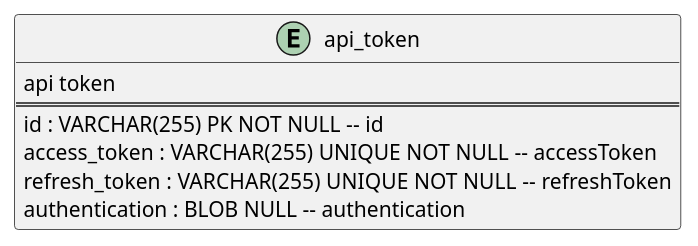
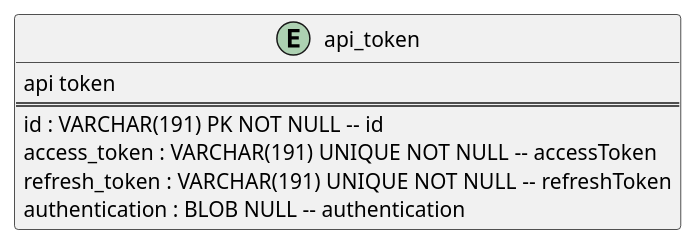
Before and after one commit to top-bettercode/summer: the diagram in tools/generator/src/main/resources/security.puml, drawn with PlantUML.

Commit message:
token表调整

```diff
--- a/tools/generator/src/main/resources/security.puml
+++ b/tools/generator/src/main/resources/security.puml
@@ -10,12 +10,12 @@
 @startuml security
 
 entity api_token {
     api token
     ==
-    id : VARCHAR(255) PK NOT NULL -- id
-    access_token : VARCHAR(255) UNIQUE NOT NULL -- accessToken
-    refresh_token : VARCHAR(255) UNIQUE NOT NULL -- refreshToken
+    id : VARCHAR(191) PK NOT NULL -- id
+    access_token : VARCHAR(191) UNIQUE NOT NULL -- accessToken
+    refresh_token : VARCHAR(191) UNIQUE NOT NULL -- refreshToken
     authentication : BLOB NULL -- authentication
 }
 
 @enduml
```
